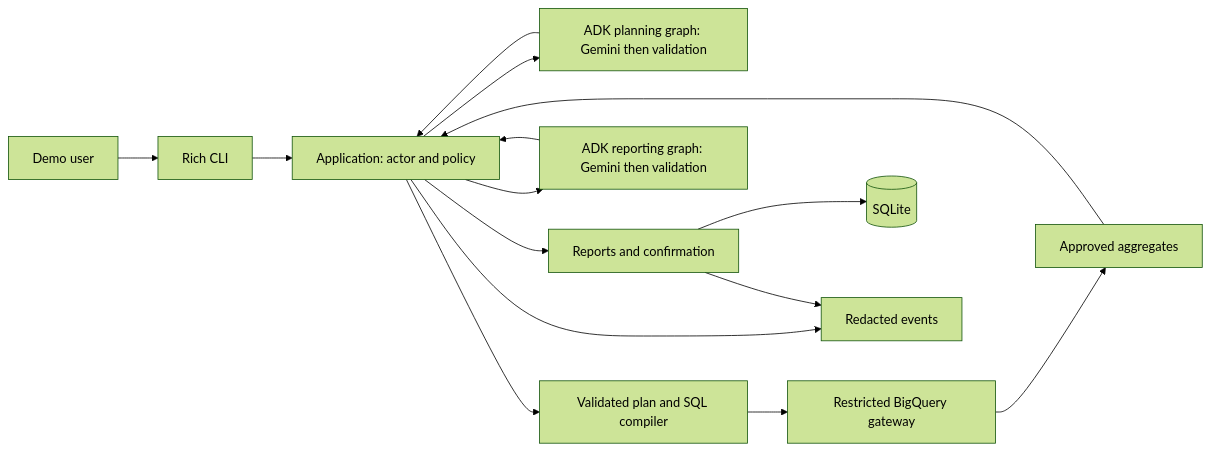
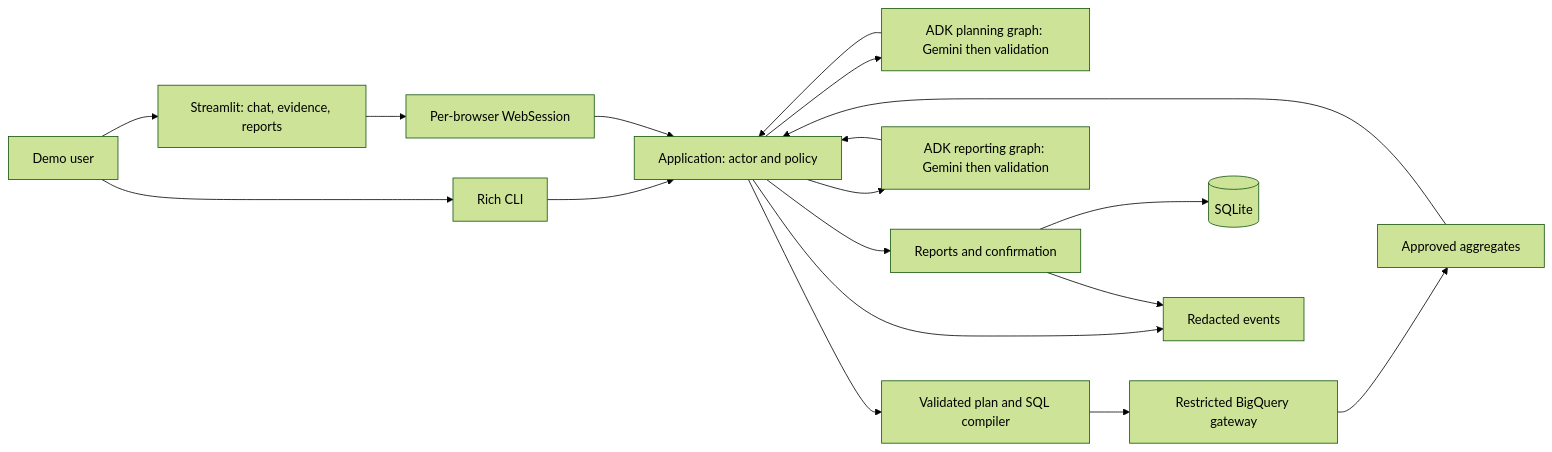
One commit to Wyjakx/retail-analytics-agent changed the first of 2 diagrams in docs/architecture.md. Above: the diagram before and after it, drawn with Mermaid (forest theme). The commit also changed other lines of this file and 4 other files, not shown here.

````diff
--- a/docs/architecture.md
+++ b/docs/architecture.md
@@ -13,17 +13,20 @@
 ```mermaid
 flowchart LR
     U["Demo user"] --> CLI["Rich CLI"]
     CLI --> APP["Application: actor and policy"]
+    U --> WEB["Streamlit: chat, evidence, reports"]
+    WEB --> SESSION["Per-browser WebSession"]
+    SESSION --> APP
     APP --> P["ADK planning graph: Gemini then validation"]
     P --> APP
     APP --> Q["Validated plan and SQL compiler"]
     Q --> BQ["Restricted BigQuery gateway"]
     BQ --> A["Approved aggregates"]
     A --> APP
     APP --> S["ADK reporting graph: Gemini then validation"]
     S --> APP
     APP --> R["Reports and confirmation"]
     R --> DB[("SQLite")]
     APP --> T["Redacted events"]
     R --> T
 ```
````
